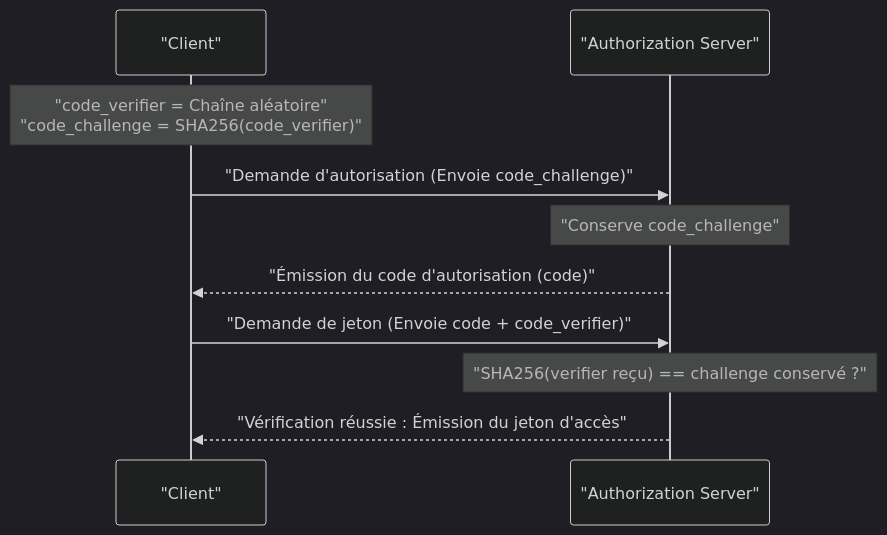
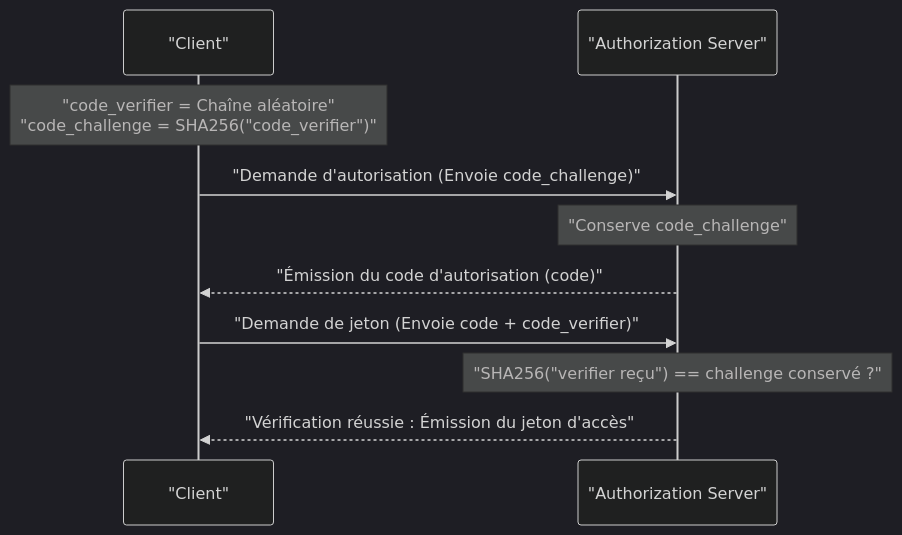
One commit to kenjinote/blog changed the third of 3 diagrams in content/post/oauth2_slack_app/index.fr.md. Above: the diagram before and after it, drawn with Mermaid (dark theme). The commit also changed 929 other files, not shown here.

Commit message:
fix: Add double quotes to all Mermaid node texts to resolve syntax errors

````diff
--- a/content/post/oauth2_slack_app/index.fr.md
+++ b/content/post/oauth2_slack_app/index.fr.md
@@ -329,14 +329,14 @@
 ```mermaid
 sequenceDiagram
     participant C as "Client"
     participant AS as "Authorization Server"
     
-    Note over C: "code_verifier = Chaîne aléatoire"<br/>"code_challenge = SHA256(code_verifier)"
+    Note over C: "code_verifier = Chaîne aléatoire"<br/>"code_challenge = SHA256("code_verifier")"
     C->>AS: "Demande d'autorisation (Envoie code_challenge)"
     Note over AS: "Conserve code_challenge"
     AS-->>C: "Émission du code d'autorisation (code)"
     
     C->>AS: "Demande de jeton (Envoie code + code_verifier)"
-    Note over AS: "SHA256(verifier reçu) == challenge conservé ?"
+    Note over AS: "SHA256("verifier reçu") == challenge conservé ?"
     AS-->>C: "Vérification réussie : Émission du jeton d'accès"
 ```
````
